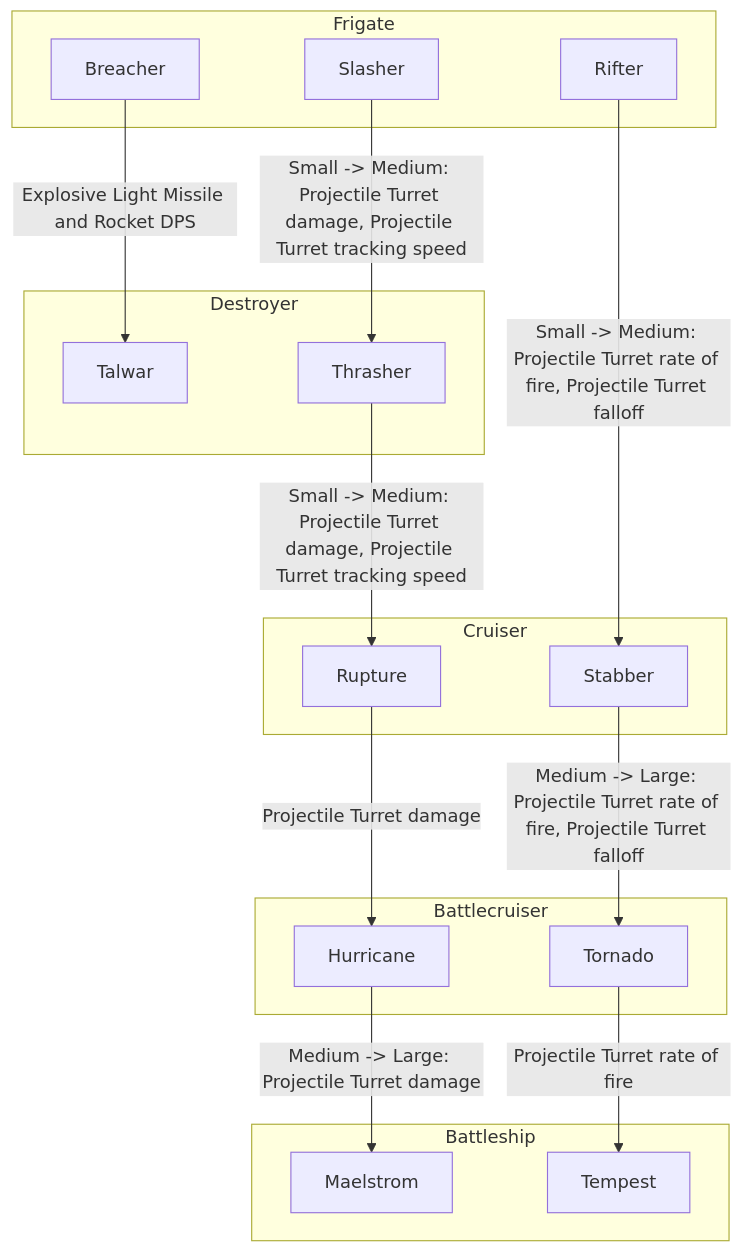
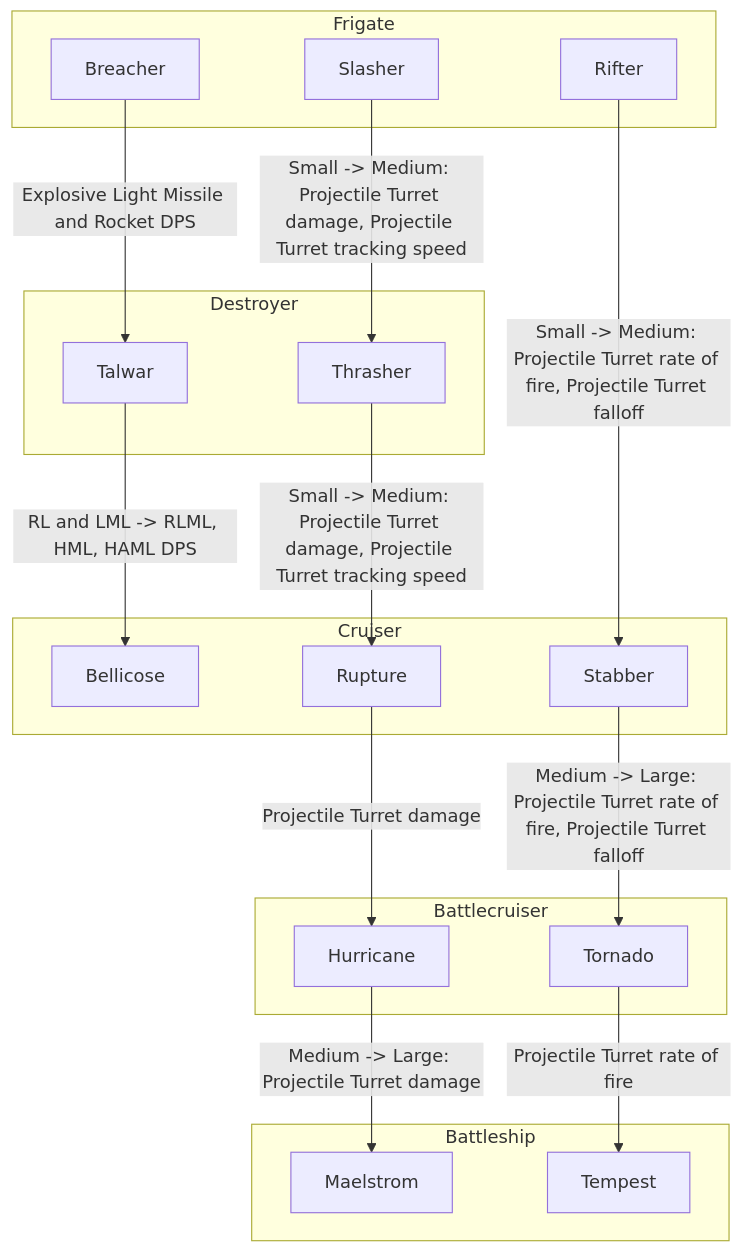
One commit to Skybladev2/EveShipsProgression changed the diagram in README.md. Above: the diagram before and after it, drawn with Mermaid.

Commit message:
Add Bellicose

````diff
--- a/README.md
+++ b/README.md
@@ -5,36 +5,38 @@
 ```mermaid
 flowchart
 	
 	
 	
 	subgraph s1["Frigate"]
 		n10["Breacher"]
 		n5["Slasher"]
 		n1["Rifter"]
 	end
 	n1
 	subgraph s2["Cruiser"]
+		n12["Bellicose"]
 		n7["Rupture"]
 		n2["Stabber"]
 	end
 	n1 -->|"Small -> Medium: Projectile Turret rate of fire, Projectile Turret falloff"| n2
 	subgraph s3["Battlecruiser"]
 		n8["Hurricane"]
 		n3["Tornado"]
 	end
 	n2 -->|"Medium -> Large: Projectile Turret rate of fire, Projectile Turret falloff"| n3
 	subgraph s4["Battleship"]
 		n9["Maelstrom"]
 		n4["Tempest"]
 	end
 	n3 -->|"Projectile Turret rate of fire"| n4
 	subgraph s5["Destroyer"]
 		n11["Talwar"]
 		n6["Thrasher"]
 	end
 	n5 -->|"Small -> Medium: Projectile Turret damage, Projectile Turret tracking speed"| n6
 	n6 -->|"Small -> Medium: Projectile Turret damage, Projectile Turret tracking speed"| n7
 	n7 -->|"Projectile Turret damage"| n8
 	n8 -->|"Medium -> Large: Projectile Turret damage"| n9
 	n10 -->|"Explosive Light Missile and Rocket DPS"| n11
+	n11 -->|"RL and LML -> RLML, HML, HAML DPS"| n12
 ```
````
